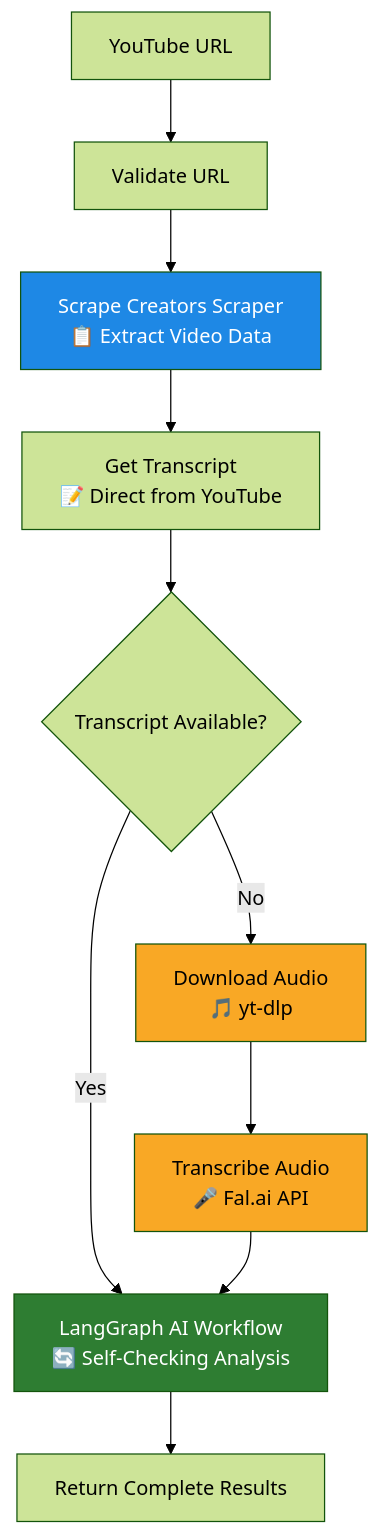
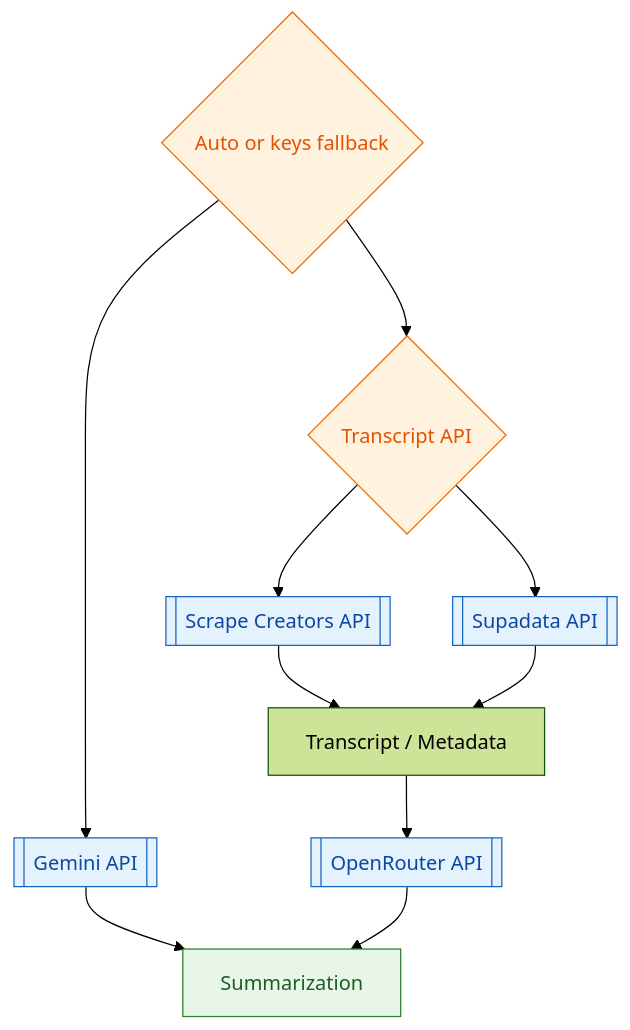
Before and after one commit to teron131/youtube-summarizer: the diagram in README.md, drawn with Mermaid (forest theme). The commit also changed other lines of this file, not shown here.

Commit message:
Update flowchart and prepare for deploy

````diff
--- a/README.md
+++ b/README.md
@@ -46,17 +24,30 @@
 ```mermaid
 graph TD
-    A[YouTube URL] --> B[Validate URL]
-    B --> C[Scrape Creators Scraper<br/>📋 Extract Video Data]
-    C --> D[Get Transcript<br/>📝 Direct from YouTube]
-    D --> E{Transcript Available?}
-    E -->|Yes| F[LangGraph AI Workflow<br/>🔄 Self-Checking Analysis]
-    E -->|No| G[Download Audio<br/>🎵 yt-dlp]
-    G --> H[Transcribe Audio<br/>🎤 Fal.ai API]
-    H --> F
-    F --> I[Return Complete Results]
+  R{Auto or keys fallback}
 
-    style C fill:#1E88E5,color:#fff
-    style G fill:#F9A825,color:#000
-    style H fill:#F9A825,color:#000
-    style F fill:#2E7D32,color:#fff
+  G[[Gemini API]]
+
+  T{Transcript API}
+  SC[[Scrape Creators API]]
+  SD[[Supadata API]]
+
+  TXT[Transcript / Metadata]
+  OR[[OpenRouter API]]
+  S[Summarization]
+
+  R --> T
+  T --> SC --> TXT
+  T --> SD --> TXT
+
+  R --> G
+  G --> S
+  TXT --> OR --> S
+
+  classDef api fill:#E3F2FD,stroke:#1565C0,color:#0D47A1;
+  classDef ui fill:#E8F5E9,stroke:#2E7D32,color:#1B5E20;
+  classDef option fill:#FFF3E0,stroke:#EF6C00,color:#E65100;
+
+  class G,OR,SC,SD api;
+  class S ui;
+  class R,T option;
 ```
````
